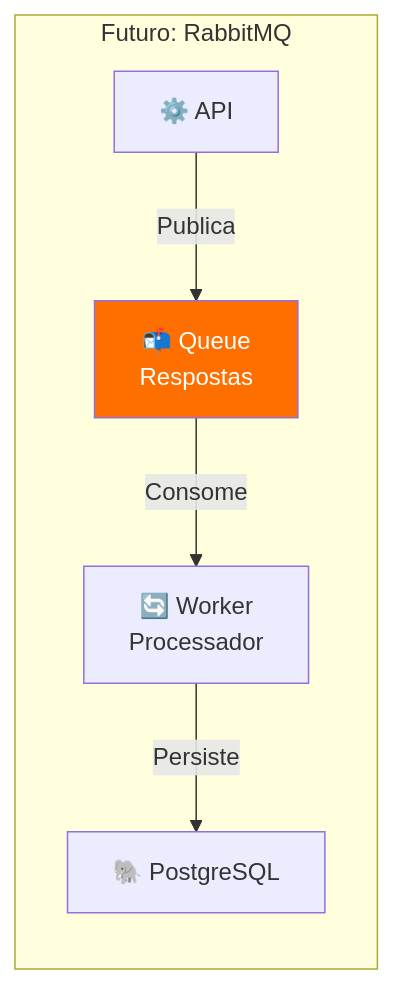
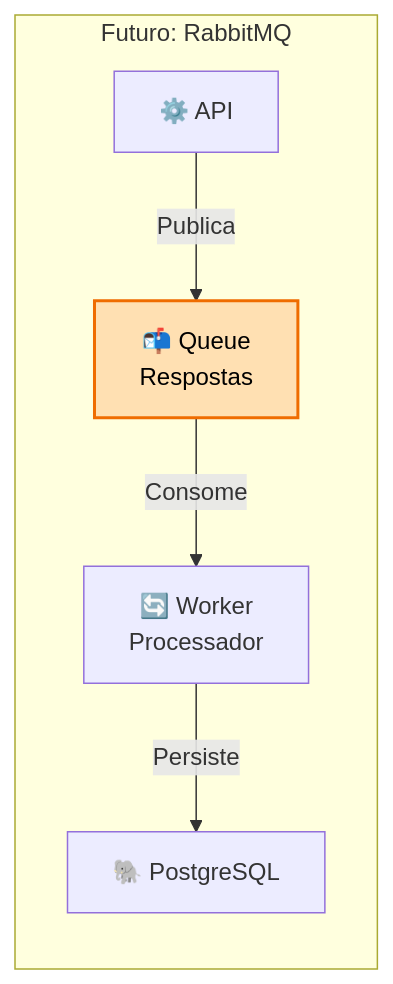
The eighth of 10 diagrams in docs/05-escalabilidade.md (gabrigabs/public-polls-app), drawn with Mermaid before and after one commit. The commit also changed other lines of this file and 6 other files, not shown here.

Commit message:
docs: standardize and improve mermaid diagrams readability

````diff
--- a/docs/05-escalabilidade.md
+++ b/docs/05-escalabilidade.md
@@ -230,15 +240,16 @@
 ```mermaid
 graph LR
     subgraph "Futuro: RabbitMQ"
         API["⚙️ API"]
         Q["📬 Queue<br/>Respostas"]
         W["🔄 Worker<br/>Processador"]
         DB["🐘 PostgreSQL"]
     end
 
     API -->|"Publica"| Q
     Q -->|"Consome"| W
     W -->|"Persiste"| DB
 
-    style Q fill:#ff6f00,color:#fff
+    classDef queue fill:#ffe0b2,stroke:#ef6c00,color:#000,stroke-width:2px;
+    class Q queue;
 ```
````
